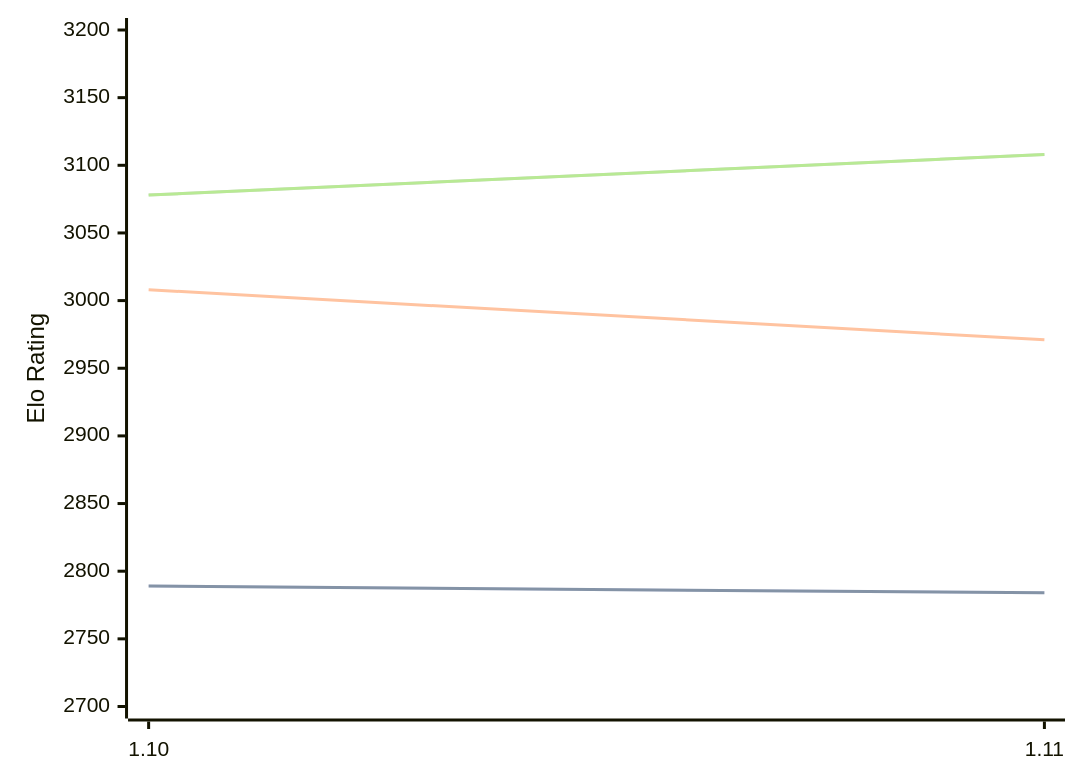
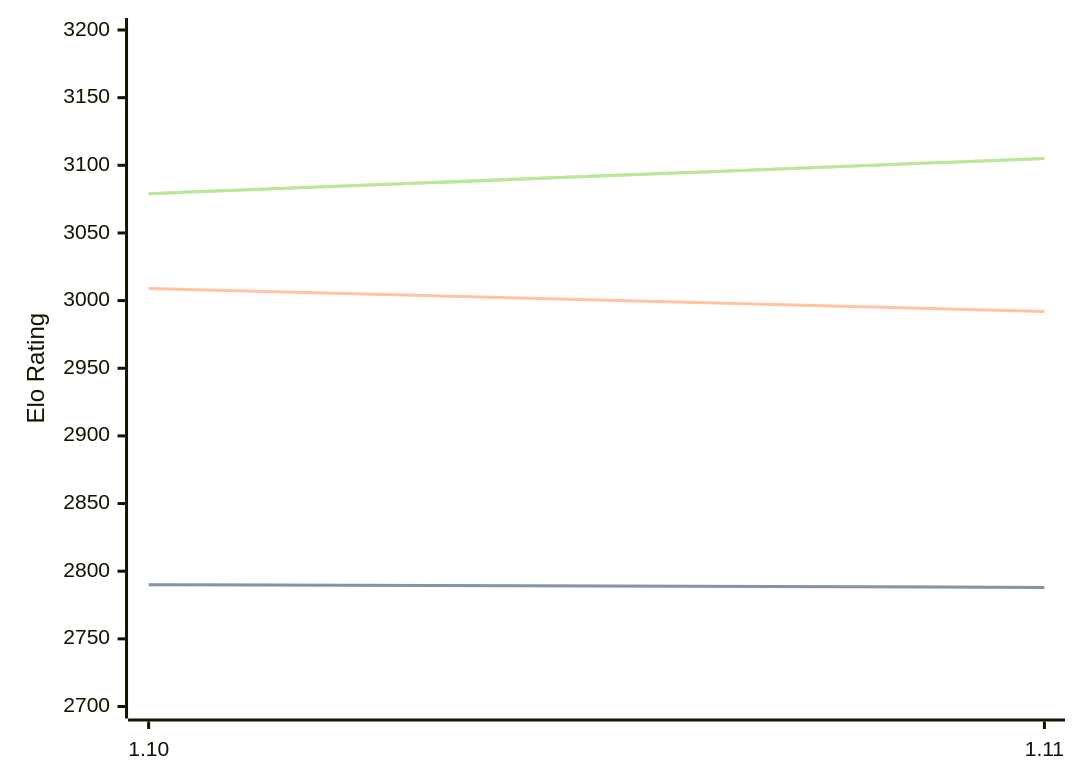
The diagram in engines/Roc.md (computer-chess-index/cci), drawn with Mermaid before and after one commit. The commit also changed other lines of this file, not shown here.

Commit message:
Update CCI Ratings (ELO VLTC) - 2026-05-16

````diff
--- a/engines/Roc.md
+++ b/engines/Roc.md
@@ -65,11 +65,11 @@
 ```mermaid
 %%{init: {"theme":"base","themeVariables":{"seriesColors:['#a3a3a3','#222221','#faa371']}}}%%
 xychart-beta
   x-axis ["1.10", "1.11"]
   y-axis "Elo Rating" 2700 --> 3200
-  line "STC (8.0+0.08s)" [2789, 2784]
-  line "STC (8.0+0.08s)" [2789, 2784]
-  line "LTC (60.0+0.60s)" [3008, 2971]
-  line "VLTC (2m24s+1.12s)" [3078, 3108]
-  line "VLTC (2m24s+1.12s)" [3078, 3108]
+  line "STC (8.0+0.08s)" [2790, 2788]
+  line "STC (8.0+0.08s)" [2790, 2788]
+  line "LTC (60.0+0.60s)" [3009, 2992]
+  line "VLTC (2m24s+1.12s)" [3079, 3105]
+  line "VLTC (2m24s+1.12s)" [3079, 3105]
 ```
````
